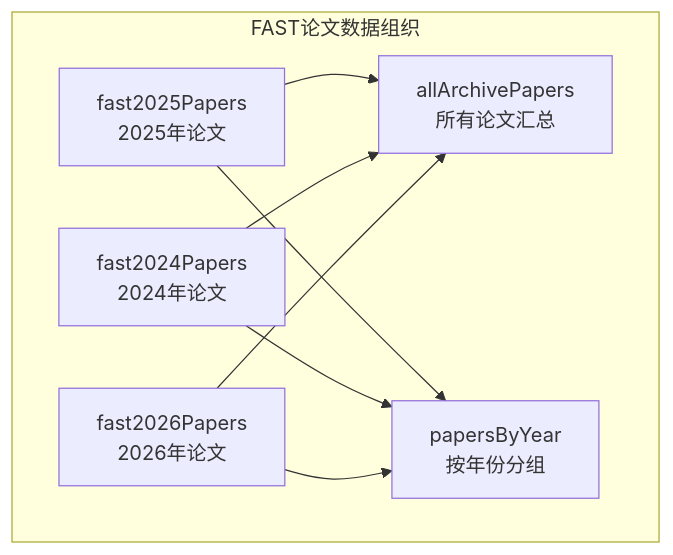
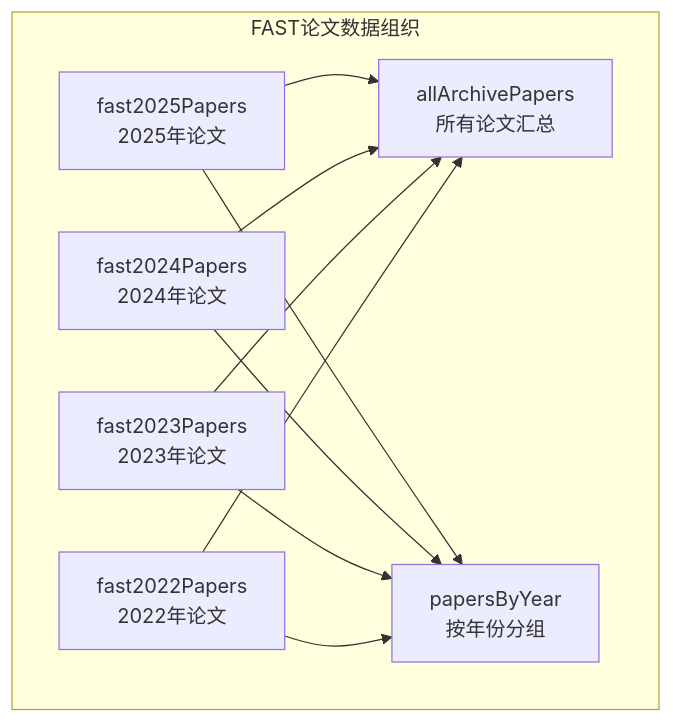
Before and after one commit to erikliu123/storage_ai_blog: diagram 11 of 18 in .qoder/repowiki/zh/content/数据模型/数据模型.md, drawn with Mermaid. The commit also changed other lines of this file and 61 other files, not shown here.

````diff
--- a/.qoder/repowiki/zh/content/数据模型/数据模型.md
+++ b/.qoder/repowiki/zh/content/数据模型/数据模型.md
@@ -561,16 +604,19 @@
 ```mermaid
 graph TB
 subgraph "FAST论文数据组织"
 A[fast2025Papers<br/>2025年论文]
 B[fast2024Papers<br/>2024年论文]
-C[fast2026Papers<br/>2026年论文]
-D[allArchivePapers<br/>所有论文汇总]
-E[papersByYear<br/>按年份分组]
+C[fast2023Papers<br/>2023年论文]
+D[fast2022Papers<br/>2022年论文]
+E[allArchivePapers<br/>所有论文汇总]
+F[papersByYear<br/>按年份分组]
 end
-A --> D
-B --> D
-C --> D
 A --> E
 B --> E
 C --> E
+D --> E
+A --> F
+B --> F
+C --> F
+D --> F
 ```
````
